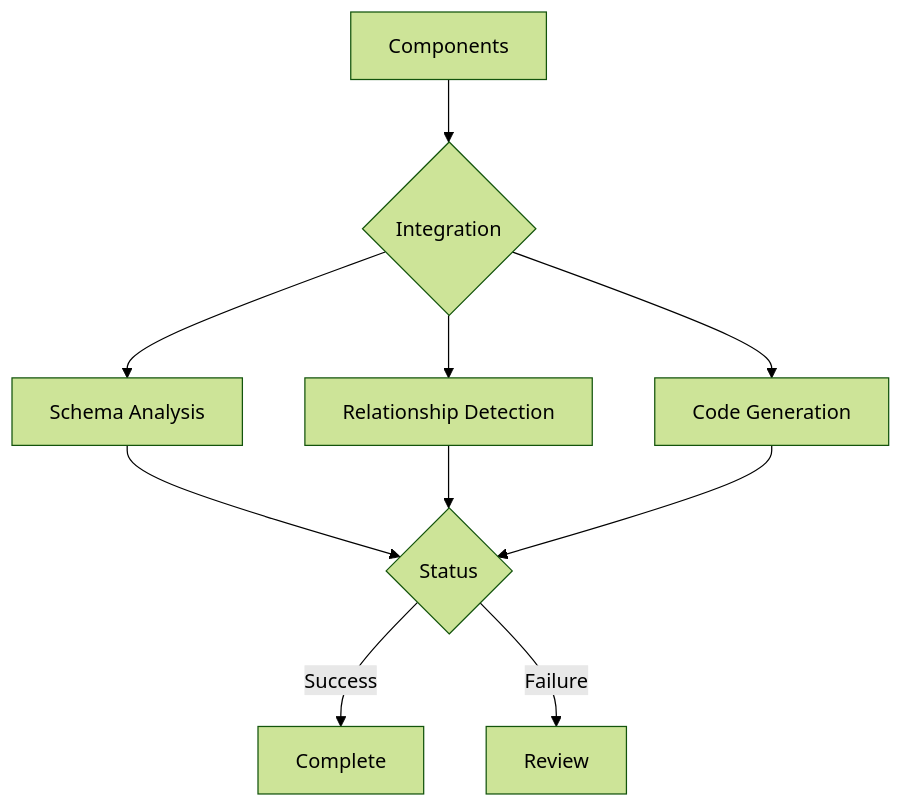
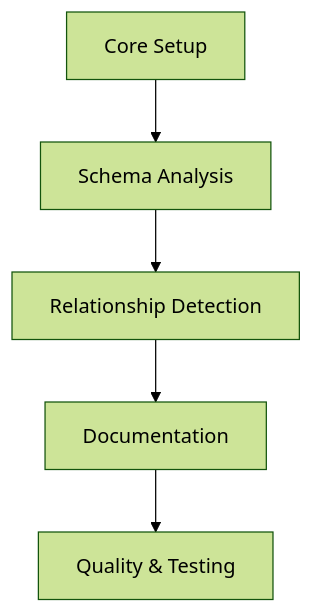
Before and after one commit to s-a-c/eloquent-model-generator: the second of 2 diagrams in docs/implementation/tracking.md, drawn with Mermaid (forest theme). The commit also changed other lines of this file and 26 other files, not shown here.

First line of the commit message:
feat(relationships): implement relationship detection system

````diff
--- a/docs/implementation/tracking.md
+++ b/docs/implementation/tracking.md
@@ -148,14 +150,7 @@
 ```mermaid
-flowchart TD
-    A[Components] --> B{Integration}
-    B --> C[Schema Analysis]
-    B --> D[Relationship Detection]
-    B --> E[Code Generation]
-
-    C --> F{Status}
-    D --> F
-    E --> F
-
-    F -->|Success| G[Complete]
-    F -->|Failure| H[Review]
+graph TD
+    A[Core Setup] --> B[Schema Analysis]
+    B --> C[Relationship Detection]
+    C --> D[Documentation]
+    D --> E[Quality & Testing]
 ```
````
